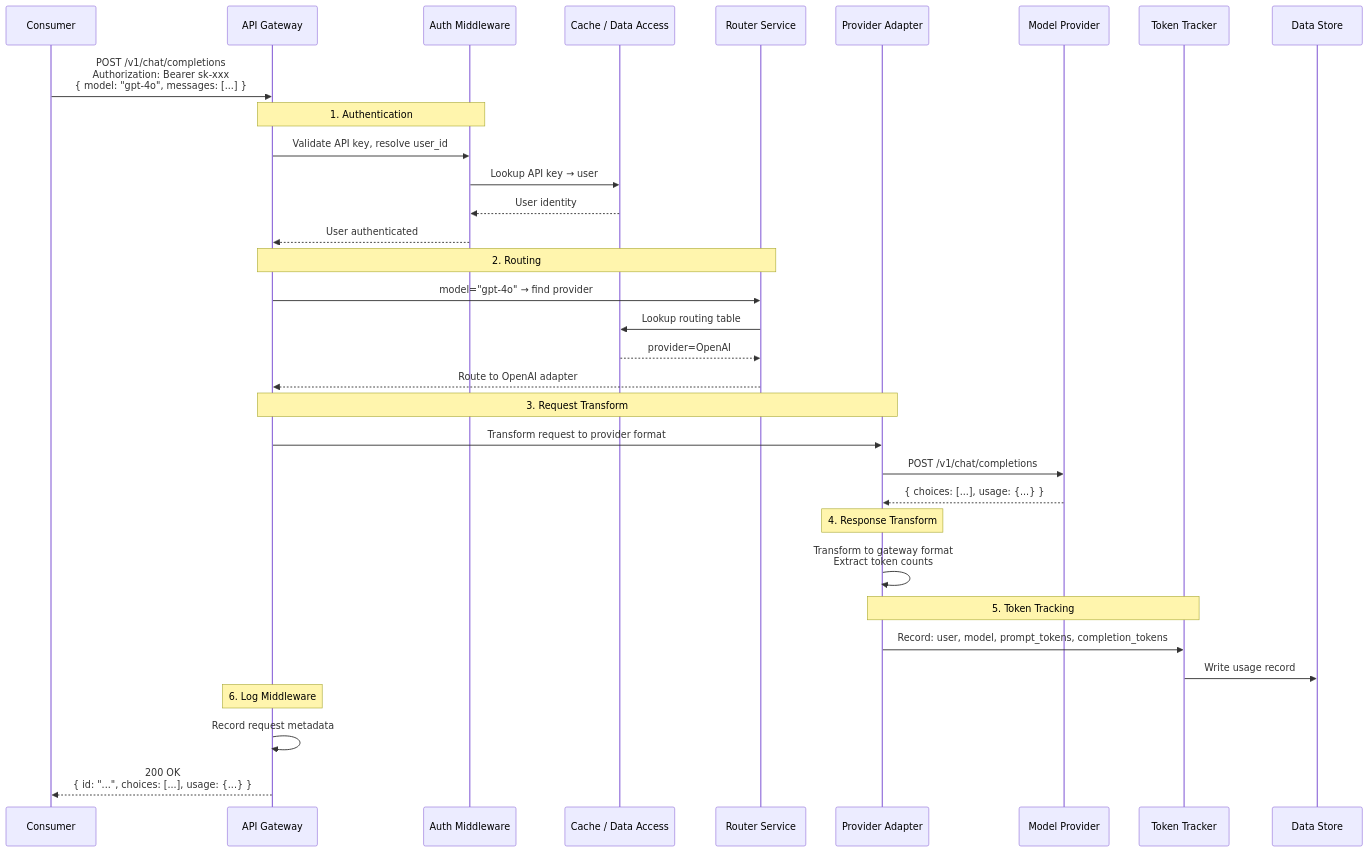
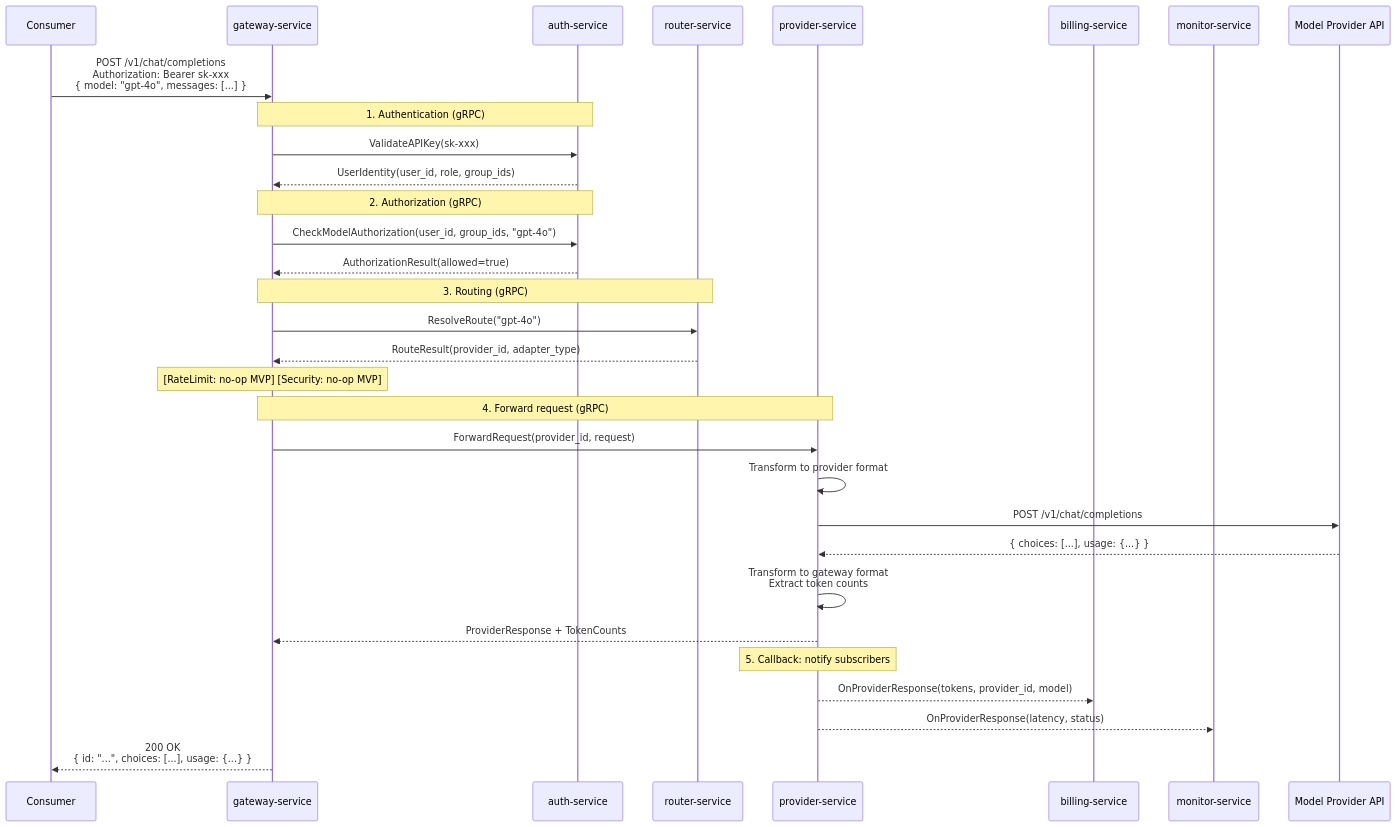
One commit to xiaozhaolhg/ai-api-gateway changed the third of 7 diagrams in docs/architecture_design.md. Above: the diagram before and after it, drawn with Mermaid. The commit also changed other lines of this file and 19 other files, not shown here.

````diff
--- a/docs/architecture_design.md
+++ b/docs/architecture_design.md
@@ -200,43 +561,42 @@
 ```mermaid
 sequenceDiagram
     participant C as Consumer
-    participant GW as API Gateway
-    participant Auth as Auth Middleware
-    participant Cache as Cache / Data Access
-    participant Router as Router Service
-    participant Adapter as Provider Adapter
-    participant Provider as Model Provider
-    participant Tracker as Token Tracker
-    participant Store as Data Store
+    participant GW as gateway-service
+    participant Auth as auth-service
+    participant Router as router-service
+    participant Provider as provider-service
+    participant Billing as billing-service
+    participant Monitor as monitor-service
+    participant MP as Model Provider API
 
     C->>GW: POST /v1/chat/completions<br/>Authorization: Bearer sk-xxx<br/>{ model: "gpt-4o", messages: [...] }
 
-    Note over GW,Auth: 1. Authentication
-    GW->>Auth: Validate API key, resolve user_id
-    Auth->>Cache: Lookup API key → user
-    Cache-->>Auth: User identity
-    Auth-->>GW: User authenticated
+    Note over GW,Auth: 1. Authentication (gRPC)
+    GW->>Auth: ValidateAPIKey(sk-xxx)
+    Auth-->>GW: UserIdentity(user_id, role, group_ids)
 
-    Note over GW,Router: 2. Routing
-    GW->>Router: model="gpt-4o" → find provider
-    Router->>Cache: Lookup routing table
-    Cache-->>Router: provider=OpenAI
-    Router-->>GW: Route to OpenAI adapter
+    Note over GW,Auth: 2. Authorization (gRPC)
+    GW->>Auth: CheckModelAuthorization(user_id, group_ids, "gpt-4o")
+    Auth-->>GW: AuthorizationResult(allowed=true)
 
-    Note over GW,Adapter: 3. Request Transform
-    GW->>Adapter: Transform request to provider format
-    Adapter->>Provider: POST /v1/chat/completions
-    Provider-->>Adapter: { choices: [...], usage: {...} }
+    Note over GW,Router: 3. Routing (gRPC)
+    GW->>Router: ResolveRoute("gpt-4o")
+    Router-->>GW: RouteResult(provider_id, adapter_type)
 
-    Note over Adapter: 4. Response Transform
-    Adapter->>Adapter: Transform to gateway format<br/>Extract token counts
+    Note over GW: [RateLimit: no-op MVP] [Security: no-op MVP]
 
-    Note over Adapter,Tracker: 5. Token Tracking
-    Adapter->>Tracker: Record: user, model, prompt_tokens, completion_tokens
-    Tracker->>Store: Write usage record
 
-    Note over GW: 6. Log Middleware
-    GW->>GW: Record request metadata
+    Note over GW,Provider: 4. Forward request (gRPC)
+    GW->>Provider: ForwardRequest(provider_id, request)
+    Provider->>Provider: Transform to provider format
+    Provider->>MP: POST /v1/chat/completions
+    MP-->>Provider: { choices: [...], usage: {...} }
+    Provider->>Provider: Transform to gateway format<br/>Extract token counts
+    Provider-->>GW: ProviderResponse + TokenCounts
+
+    Note over Provider: 5. Callback: notify subscribers
+    Provider-->>Billing: OnProviderResponse(tokens, provider_id, model)
+    Provider-->>Monitor: OnProviderResponse(latency, status)
 
     GW-->>C: 200 OK<br/>{ id: "...", choices: [...], usage: {...} }
 ```
````
